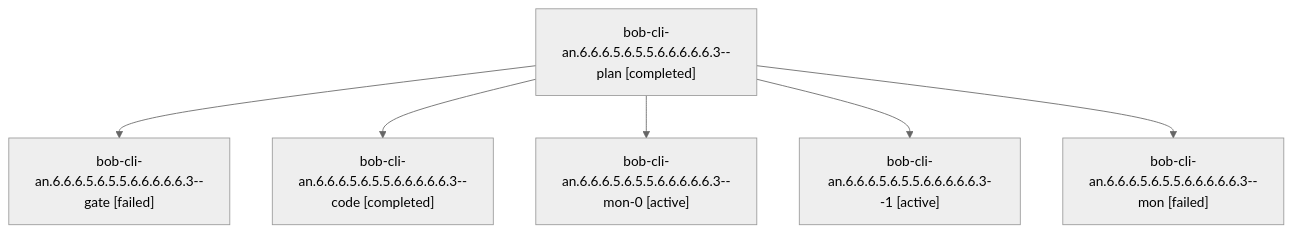
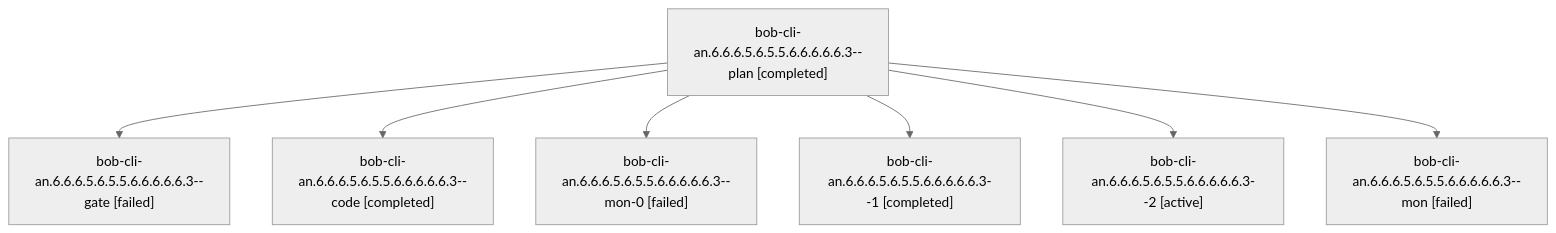
Before and after one commit to bobs-org/bob-cli--agents: the diagram in sessions/bbugyi200.athena.bob-cli-an.6.6.6.5.6.5.5.6.6.6.6.6.3.md, drawn with Mermaid (neutral theme). The commit also changed other lines of this file and 230 other files, not shown here.

````diff
--- a/sessions/bbugyi200.athena.bob-cli-an.6.6.6.5.6.5.5.6.6.6.6.6.3.md
+++ b/sessions/bbugyi200.athena.bob-cli-an.6.6.6.5.6.5.5.6.6.6.6.6.3.md
@@ -9,14 +9,16 @@
 ```mermaid
 flowchart TD
   n0["bob-cli-an.6.6.6.5.6.5.5.6.6.6.6.6.3--plan [completed]"]
   n1["bob-cli-an.6.6.6.5.6.5.5.6.6.6.6.6.3--gate [failed]"]
   n0 --> n1
   n2["bob-cli-an.6.6.6.5.6.5.5.6.6.6.6.6.3--code [completed]"]
   n0 --> n2
-  n3["bob-cli-an.6.6.6.5.6.5.5.6.6.6.6.6.3--mon-0 [active]"]
+  n3["bob-cli-an.6.6.6.5.6.5.5.6.6.6.6.6.3--mon-0 [failed]"]
   n0 --> n3
-  n4["bob-cli-an.6.6.6.5.6.5.5.6.6.6.6.6.3--1 [active]"]
+  n4["bob-cli-an.6.6.6.5.6.5.5.6.6.6.6.6.3--1 [completed]"]
   n0 --> n4
-  n5["bob-cli-an.6.6.6.5.6.5.5.6.6.6.6.6.3--mon [failed]"]
+  n5["bob-cli-an.6.6.6.5.6.5.5.6.6.6.6.6.3--2 [active]"]
   n0 --> n5
+  n6["bob-cli-an.6.6.6.5.6.5.5.6.6.6.6.6.3--mon [failed]"]
+  n0 --> n6
 ```
````
